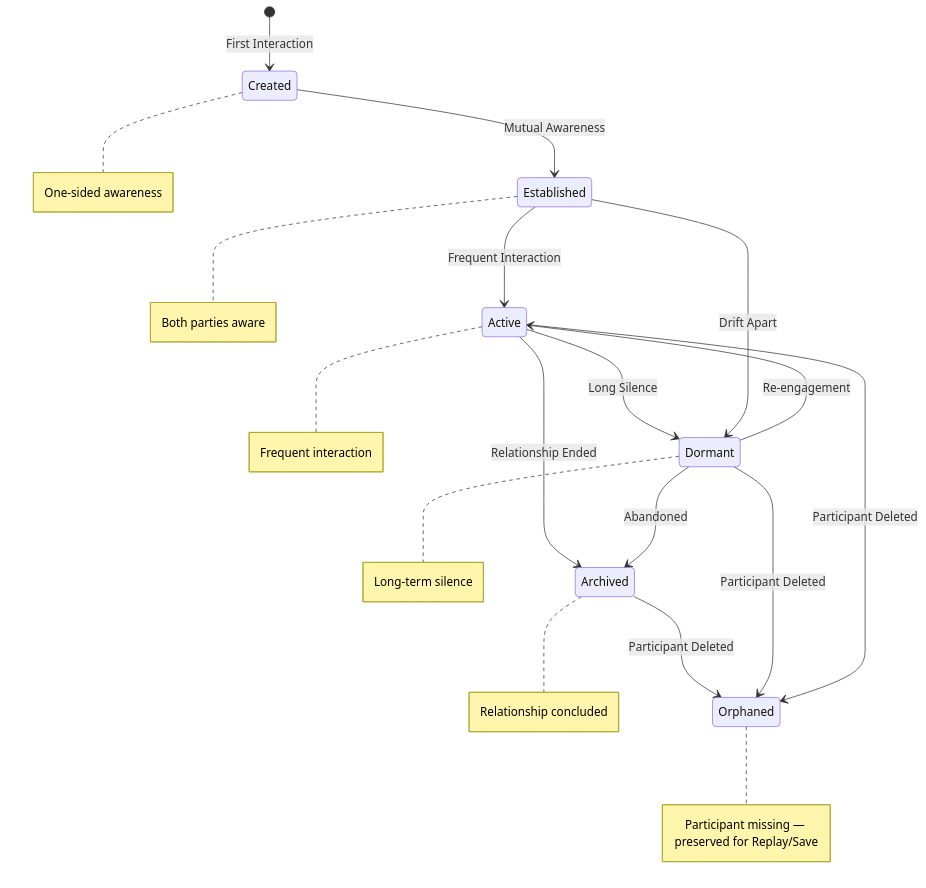
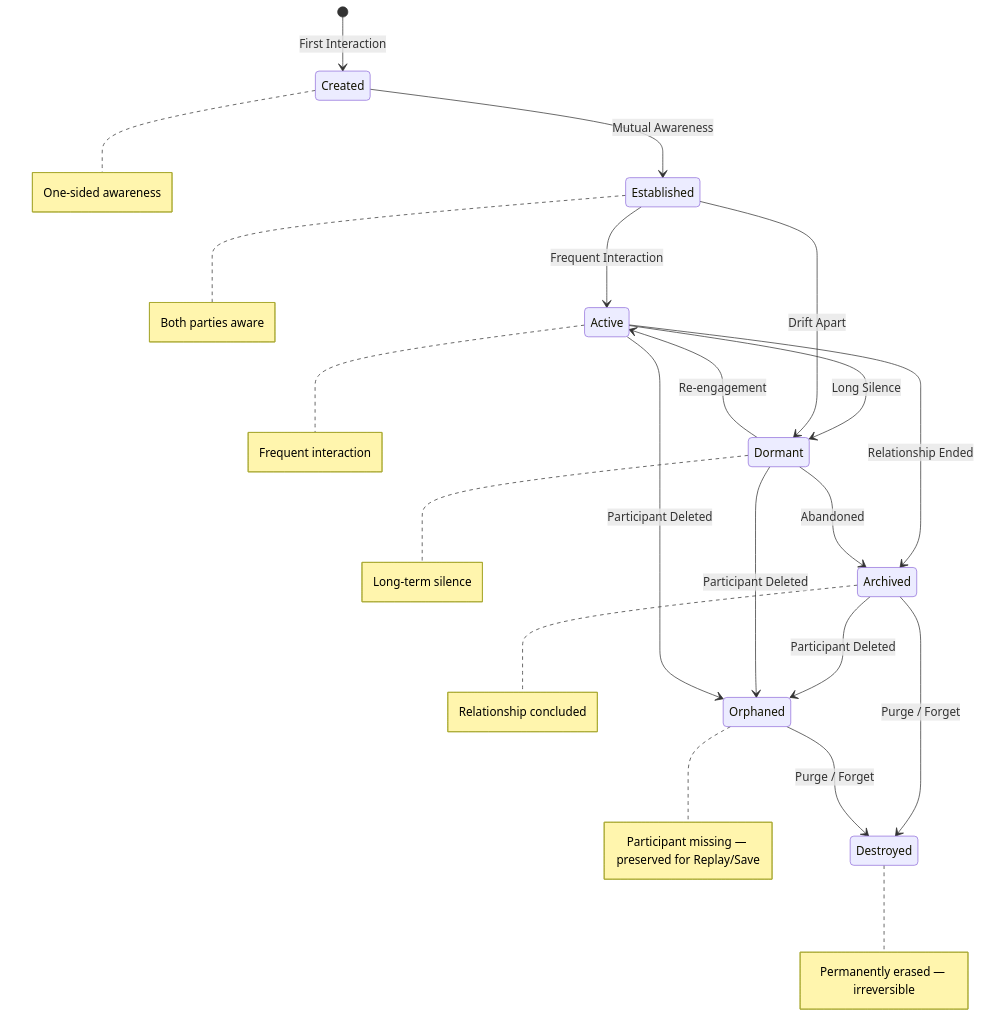
Before and after one commit to yueseyeyu/ai-narrative-rpg-engine: the second of 2 diagrams in docs/03_Data/Relationship_State_Schema.md, drawn with Mermaid. The commit also changed other lines of this file, not shown here.

Commit message:
Relationship State Schema v1.0 RC3: architectural refinements

````diff
--- a/docs/03_Data/Relationship_State_Schema.md
+++ b/docs/03_Data/Relationship_State_Schema.md
@@ -338,22 +343,26 @@
 ```mermaid
 stateDiagram-v2
     [*] --> Created: First Interaction
     Created --> Established: Mutual Awareness
     Established --> Active: Frequent Interaction
     Active --> Dormant: Long Silence
     Dormant --> Active: Re-engagement
     Active --> Archived: Relationship Ended
     Dormant --> Archived: Abandoned
     Established --> Dormant: Drift Apart
 
     Archived --> Orphaned: Participant Deleted
     Dormant --> Orphaned: Participant Deleted
     Active --> Orphaned: Participant Deleted
 
+    Archived --> Destroyed: Purge / Forget
+    Orphaned --> Destroyed: Purge / Forget
+
     note right of Created: One-sided awareness
     note right of Established: Both parties aware
     note right of Active: Frequent interaction
     note right of Dormant: Long-term silence
     note right of Archived: Relationship concluded
     note right of Orphaned: Participant missing — preserved for Replay/Save
+    note right of Destroyed: Permanently erased — irreversible
 ```
````
